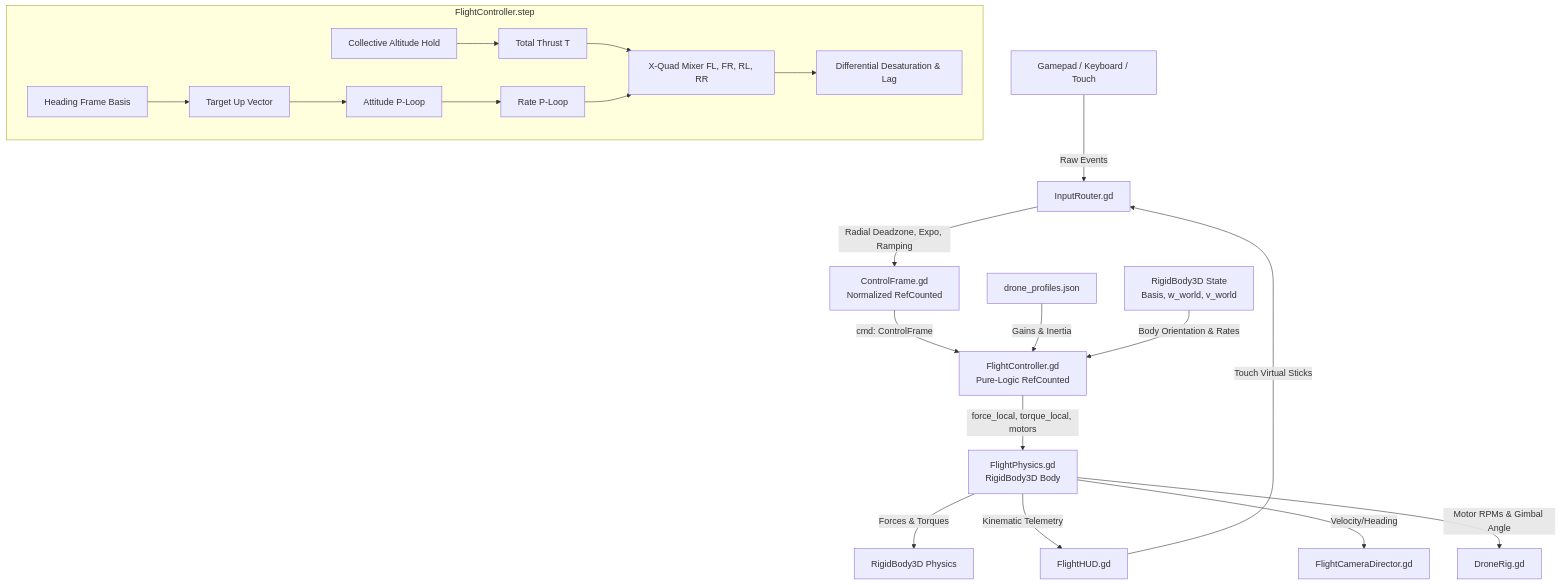
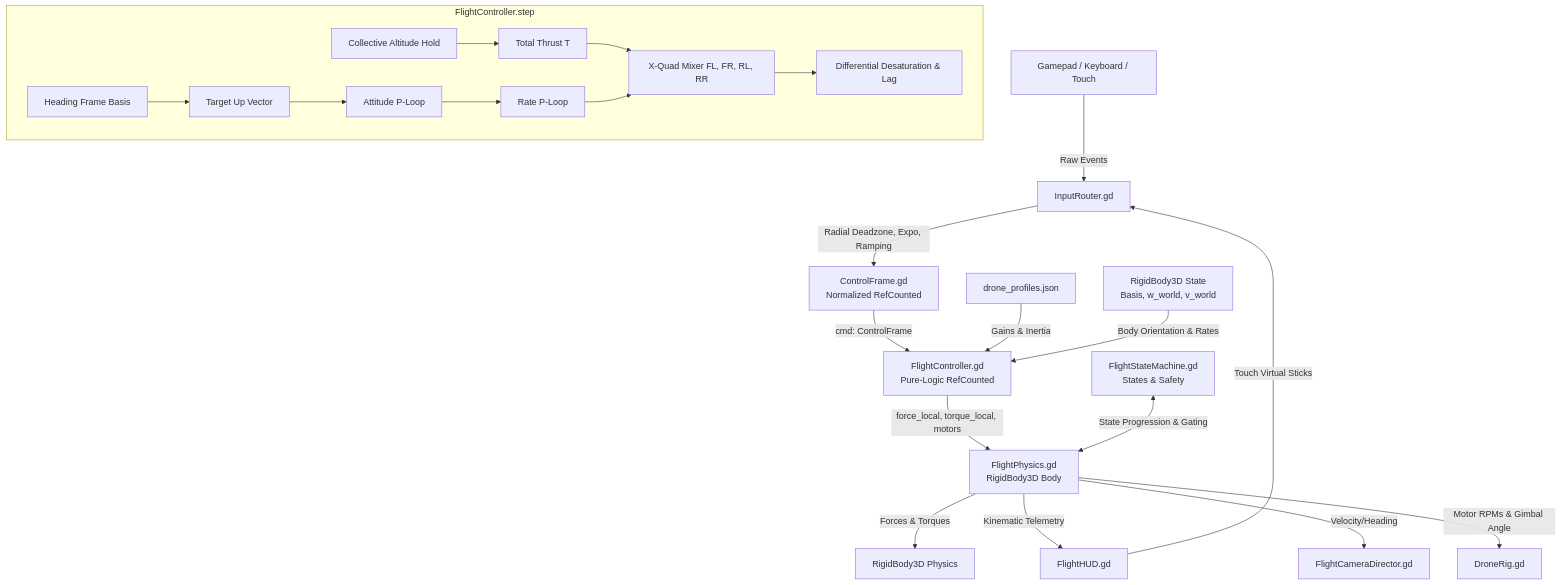
One commit to roadofriot/DroneGame changed the first of 2 diagrams in docs/ARCHITECTURE.md. Above: the diagram before and after it, drawn with Mermaid. The commit also changed other lines of this file and 6 other files, not shown here.

Commit message:
feat(flight): implement standalone FlightStateMachine, emergency stop, tilt safety and downward ray AGL

````diff
--- a/docs/ARCHITECTURE.md
+++ b/docs/ARCHITECTURE.md
@@ -13,25 +13,26 @@
 ```mermaid
 graph TD
     InputSources[Gamepad / Keyboard / Touch] -->|Raw Events| IR[InputRouter.gd]
     IR -->|Radial Deadzone, Expo, Ramping| CF[ControlFrame.gd\nNormalized RefCounted]
     CF -->|cmd: ControlFrame| FC[FlightController.gd\nPure-Logic RefCounted]
     Tuning[drone_profiles.json] -->|Gains & Inertia| FC
     FP_State[RigidBody3D State\nBasis, w_world, v_world] -->|Body Orientation & Rates| FC
     
     subgraph FC_Processing [FlightController.step]
         Heading[Heading Frame Basis] --> TargetUp[Target Up Vector]
         TargetUp --> AttP[Attitude P-Loop]
         AttP --> RateP[Rate P-Loop]
         Collective[Collective Altitude Hold] --> Thrust[Total Thrust T]
         Thrust --> Mixer[X-Quad Mixer FL, FR, RL, RR]
         RateP --> Mixer
         Mixer --> Desat[Differential Desaturation & Lag]
     end
 
     FC -->|force_local, torque_local, motors| FP[FlightPhysics.gd\nRigidBody3D Body]
+    FSM[FlightStateMachine.gd\nStates & Safety] <-->|State Progression & Gating| FP
     FP -->|Forces & Torques| RigidBody[RigidBody3D Physics]
     FP -->|Kinematic Telemetry| HUD[FlightHUD.gd]
     FP -->|Velocity/Heading| CD[FlightCameraDirector.gd]
     FP -->|Motor RPMs & Gimbal Angle| DR[DroneRig.gd]
     HUD -->|Touch Virtual Sticks| IR
 ```
````
